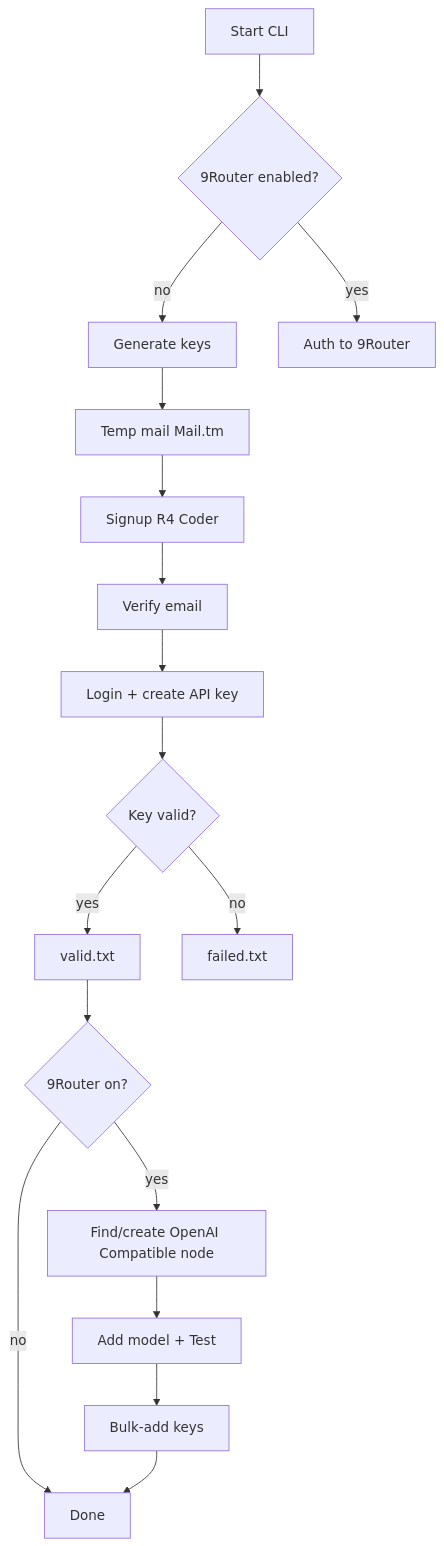
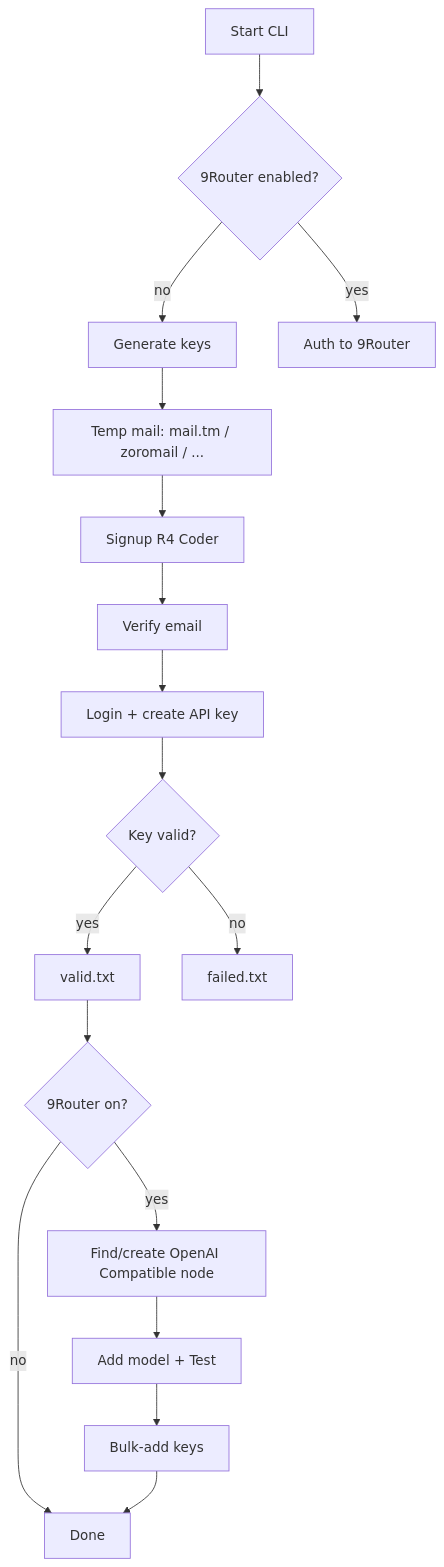
Before and after one commit to wanglinsaputra/arches: the diagram in README.md, drawn with Mermaid. The commit also changed other lines of this file and 8 other files, not shown here.

Commit message:
feat: multi-provider temp mail via @wanglinsaputra/tempmail-wrapper (mail.tm + zoromail fallback)

````diff
--- a/README.md
+++ b/README.md
@@ -32,19 +32,19 @@
 ```mermaid
 flowchart TD
     A[Start CLI] --> B{9Router enabled?}
     B -- no --> C[Generate keys]
     B -- yes --> D[Auth to 9Router]
-    C --> E[Temp mail Mail.tm]
+    C --> E[Temp mail: mail.tm / zoromail / ...]
     E --> F[Signup R4 Coder]
     F --> G[Verify email]
     G --> H[Login + create API key]
     H --> I{Key valid?}
     I -- yes --> J[valid.txt]
     I -- no --> K[failed.txt]
     J --> L{9Router on?}
     L -- yes --> M[Find/create OpenAI Compatible node]
     M --> N[Add model + Test]
     N --> O[Bulk-add keys]
     L -- no --> P[Done]
     O --> P
 ```
````
